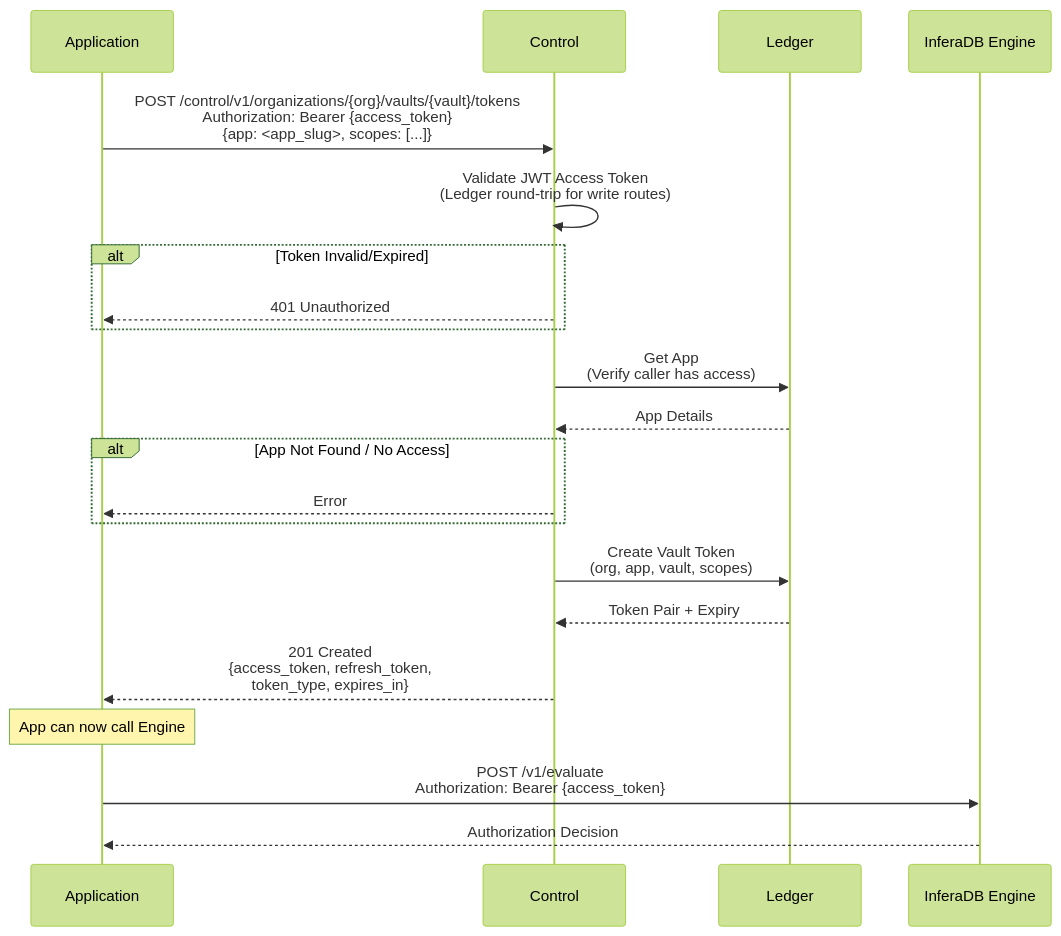
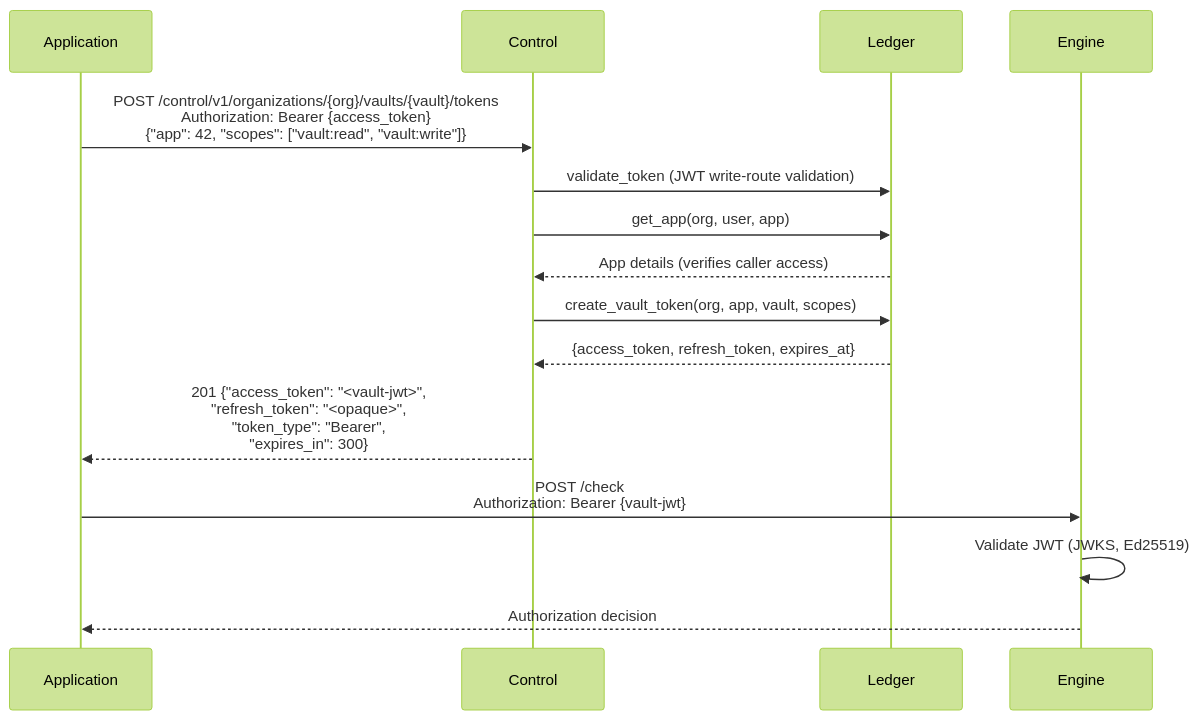
The sixth of 14 diagrams in docs/flows.md (inferadb/control), drawn with Mermaid (forest theme) before and after one commit. The commit also changed other lines of this file and 14 other files, not shown here.

````diff
--- a/docs/flows.md
+++ b/docs/flows.md
@@ -95,31 +181,19 @@
 ```mermaid
 sequenceDiagram
     participant App as Application
-    participant API as Control
-    participant DB as Ledger
-    participant Engine as InferaDB Engine
+    participant Control
+    participant Ledger
+    participant Engine
 
-    App->>API: POST /control/v1/organizations/{org}/vaults/{vault}/tokens<br/>Authorization: Bearer {access_token}<br/>{app: <app_slug>, scopes: [...]}
+    App->>Control: POST /control/v1/organizations/{org}/vaults/{vault}/tokens<br/>Authorization: Bearer {access_token}<br/>{"app": 42, "scopes": ["vault:read", "vault:write"]}
+    Control->>Ledger: validate_token (JWT write-route validation)
+    Control->>Ledger: get_app(org, user, app)
+    Ledger-->>Control: App details (verifies caller access)
+    Control->>Ledger: create_vault_token(org, app, vault, scopes)
+    Ledger-->>Control: {access_token, refresh_token, expires_at}
+    Control-->>App: 201 {"access_token": "<vault-jwt>",<br/>"refresh_token": "<opaque>",<br/>"token_type": "Bearer",<br/>"expires_in": 300}
 
-    API->>API: Validate JWT Access Token<br/>(Ledger round-trip for write routes)
-
-    alt Token Invalid/Expired
-        API-->>App: 401 Unauthorized
-    end
-
-    API->>DB: Get App<br/>(Verify caller has access)
-    DB-->>API: App Details
-
-    alt App Not Found / No Access
-        API-->>App: Error
-    end
-
-    API->>DB: Create Vault Token<br/>(org, app, vault, scopes)
-    DB-->>API: Token Pair + Expiry
-
-    API-->>App: 201 Created<br/>{access_token, refresh_token,<br/>token_type, expires_in}
-
-    Note over App: App can now call Engine
-    App->>Engine: POST /v1/evaluate<br/>Authorization: Bearer {access_token}
-    Engine-->>App: Authorization Decision
+    App->>Engine: POST /check<br/>Authorization: Bearer {vault-jwt}
+    Engine->>Engine: Validate JWT (JWKS, Ed25519)
+    Engine-->>App: Authorization decision
 ```
````
